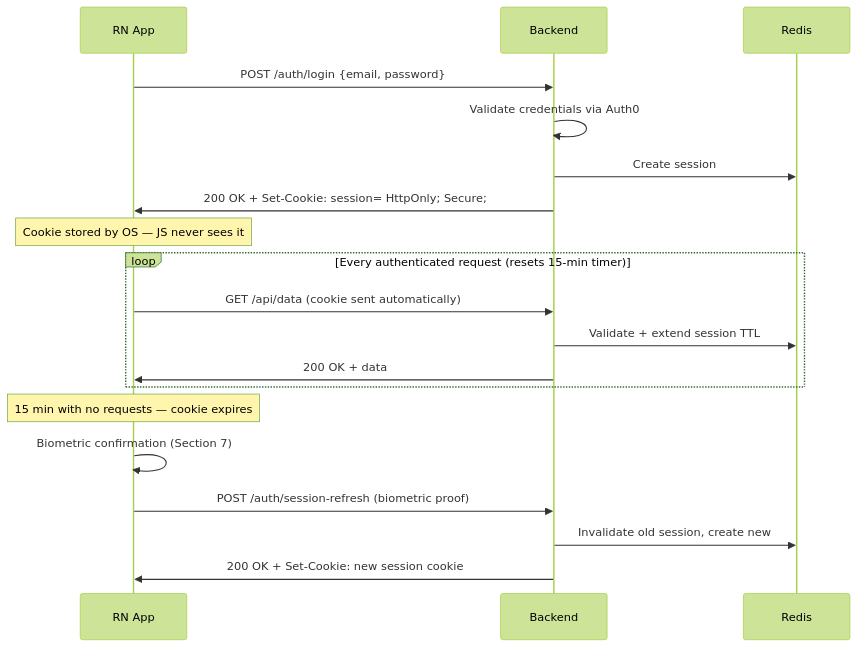
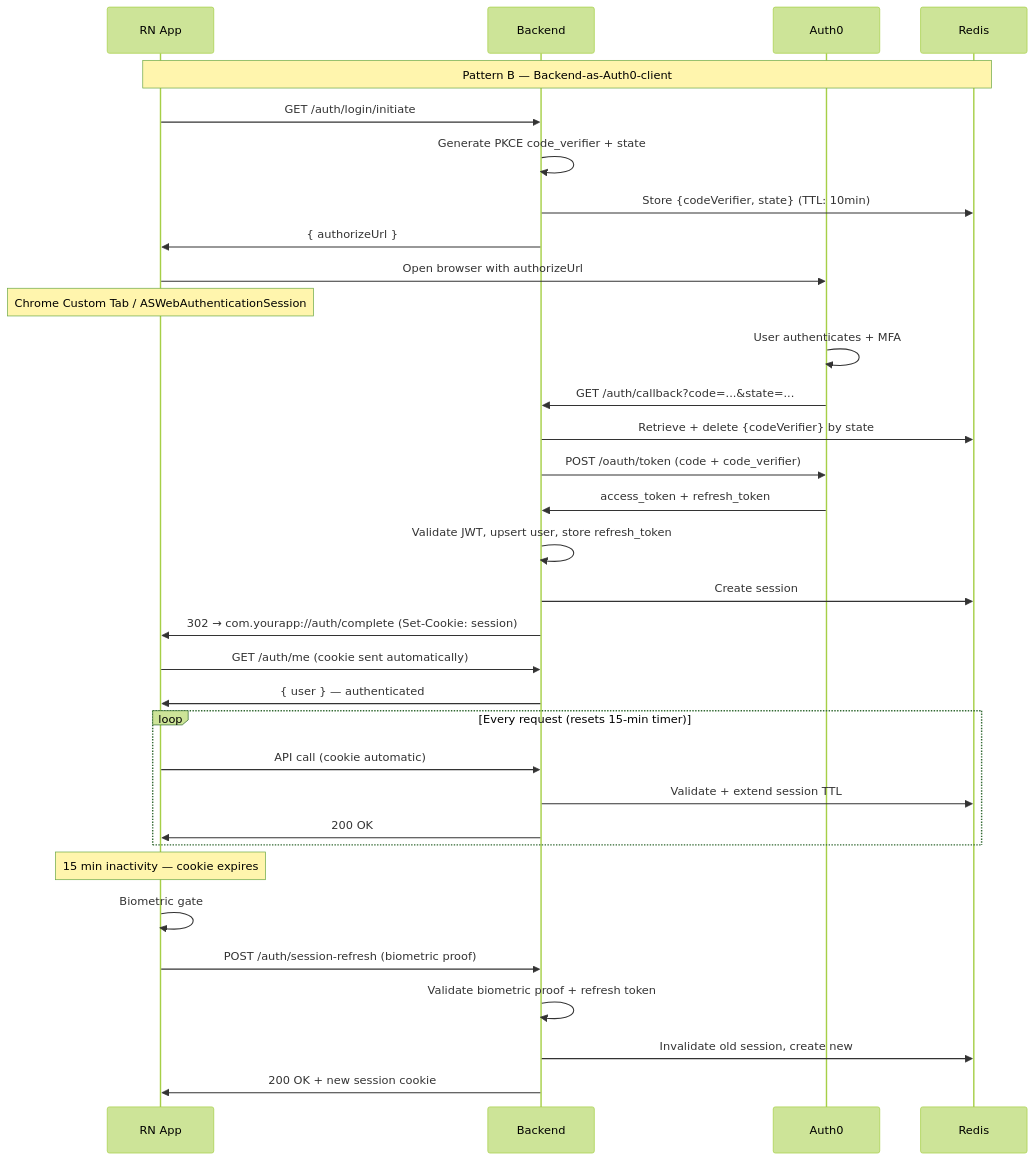
Before and after one commit to rohan3342/mobile-engineering-hub: the fourth of 10 diagrams in docs/auth/01-rn-auth-architecture.md, drawn with Mermaid (forest theme). The commit also changed other lines of this file, not shown here.

````diff
--- a/docs/auth/01-rn-auth-architecture.md
+++ b/docs/auth/01-rn-auth-architecture.md
@@ -1165,25 +1419,42 @@
 ```mermaid
 sequenceDiagram
     participant App as RN App
     participant Backend
+    participant Auth0
     participant Redis
 
-    App->>Backend: POST /auth/login {email, password}
-    Backend->>Backend: Validate credentials via Auth0
+    Note over App,Redis: Pattern B — Backend-as-Auth0-client
+
+    App->>Backend: GET /auth/login/initiate
+    Backend->>Backend: Generate PKCE code_verifier + state
+    Backend->>Redis: Store {codeVerifier, state} (TTL: 10min)
+    Backend->>App: { authorizeUrl }
+
+    App->>Auth0: Open browser with authorizeUrl
+    Note over App: Chrome Custom Tab / ASWebAuthenticationSession
+    Auth0->>Auth0: User authenticates + MFA
+    Auth0->>Backend: GET /auth/callback?code=...&state=...
+
+    Backend->>Redis: Retrieve + delete {codeVerifier} by state
+    Backend->>Auth0: POST /oauth/token (code + code_verifier)
+    Auth0->>Backend: access_token + refresh_token
+    Backend->>Backend: Validate JWT, upsert user, store refresh_token
     Backend->>Redis: Create session
-    Backend->>App: 200 OK + Set-Cookie: session= HttpOnly#59; Secure#59;
-    Note over App: Cookie stored by OS — JS never sees it
+    Backend->>App: 302 → com.yourapp://auth/complete (Set-Cookie: session)
 
-    loop Every authenticated request (resets 15-min timer)
-        App->>Backend: GET /api/data (cookie sent automatically)
+    App->>Backend: GET /auth/me (cookie sent automatically)
+    Backend->>App: { user } — authenticated
+
+    loop Every request (resets 15-min timer)
+        App->>Backend: API call (cookie automatic)
         Backend->>Redis: Validate + extend session TTL
-        Backend->>App: 200 OK + data
+        Backend->>App: 200 OK
     end
 
-    Note over App: 15 min with no requests — cookie expires
-
-    App->>App: Biometric confirmation (Section 7)
+    Note over App: 15 min inactivity — cookie expires
+    App->>App: Biometric gate
     App->>Backend: POST /auth/session-refresh (biometric proof)
+    Backend->>Backend: Validate biometric proof + refresh token
     Backend->>Redis: Invalidate old session, create new
-    Backend->>App: 200 OK + Set-Cookie: new session cookie
+    Backend->>App: 200 OK + new session cookie
 ```
````
